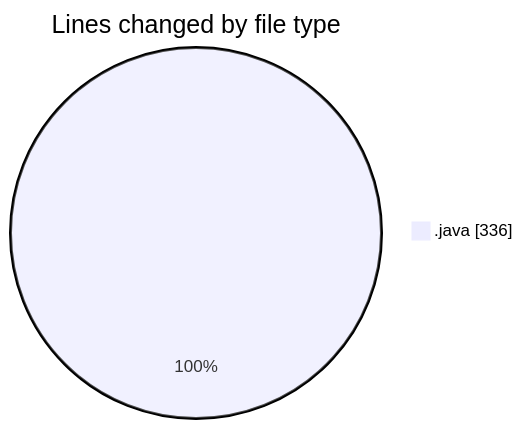
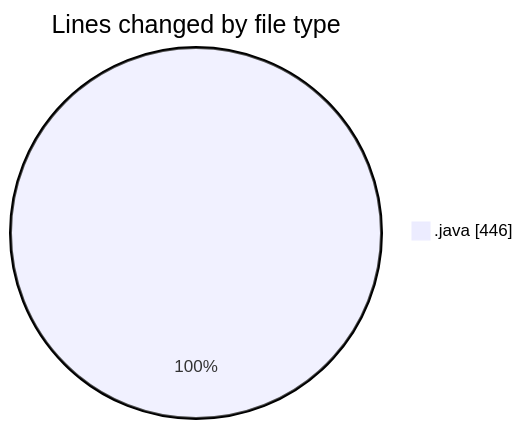
Before and after one commit to ricardozamudiocil/code-tracking: the first of 2 diagrams in 2026-04-08/cilapp/README.md, drawn with Mermaid. The commit also changed other lines of this file and 1 other file, not shown here.

````diff
--- a/2026-04-08/cilapp/README.md
+++ b/2026-04-08/cilapp/README.md
@@ -24,5 +25,5 @@
 ```mermaid
 pie showData
 title Lines changed by file type
-".java" : 336
+".java" : 446
 ```
````
